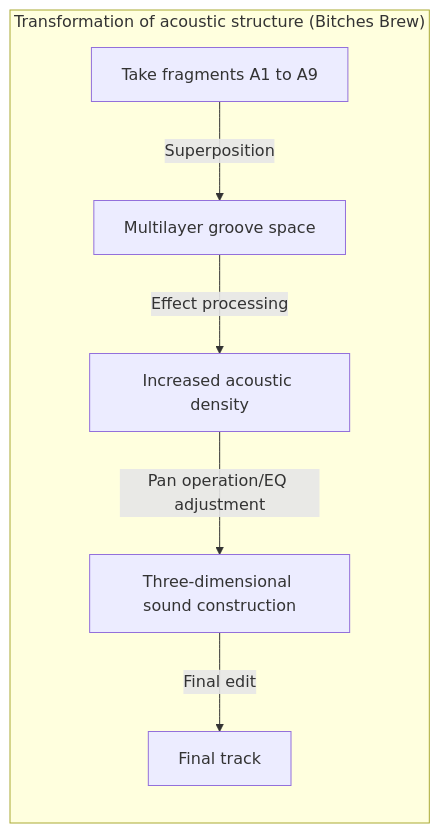
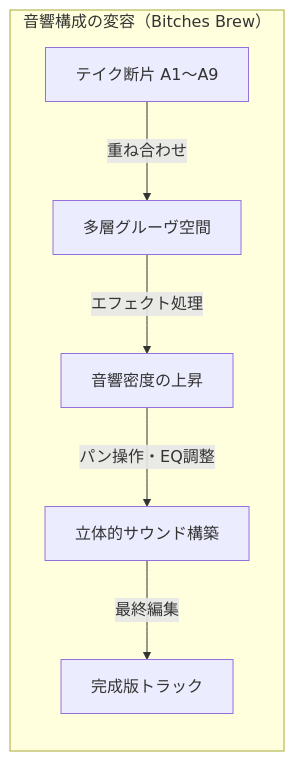
One commit to monumental-movement/monumental-movement.github.io changed the fifth of 12 diagrams in en/_posts/2025-10-28-column-macero-miles.md. Above: the diagram before and after it, drawn with Mermaid. The commit also changed other lines of this file and 211 other files, not shown here.

```diff
--- a/en/_posts/2025-10-28-column-macero-miles.md
+++ b/en/_posts/2025-10-28-column-macero-miles.md
@@ -254,11 +254,11 @@
 <div class="mermaid">
 
 graph LR
-subgraph Editing_Structure["Transformation of acoustic structure (Bitches Brew)"]
-A["Take fragments A1 to A9"] -->|Superposition| B["Multilayer groove space"]
-B -->|Effect processing| C["Increased acoustic density"]
-C -->|Pan operation/EQ adjustment| D["Three-dimensional sound construction"]
-D -->|Final edit| E["Final track"]
-end
+    subgraph Editing_Structure["音響構成の変容（Bitches Brew）"]
+        A["テイク断片 A1〜A9"] -->|重ね合わせ| B["多層グルーヴ空間"]
+        B -->|エフェクト処理| C["音響密度の上昇"]
+        C -->|パン操作・EQ調整| D["立体的サウンド構築"]
+        D -->|最終編集| E["完成版トラック"]
+    end
 
 </div>
```
